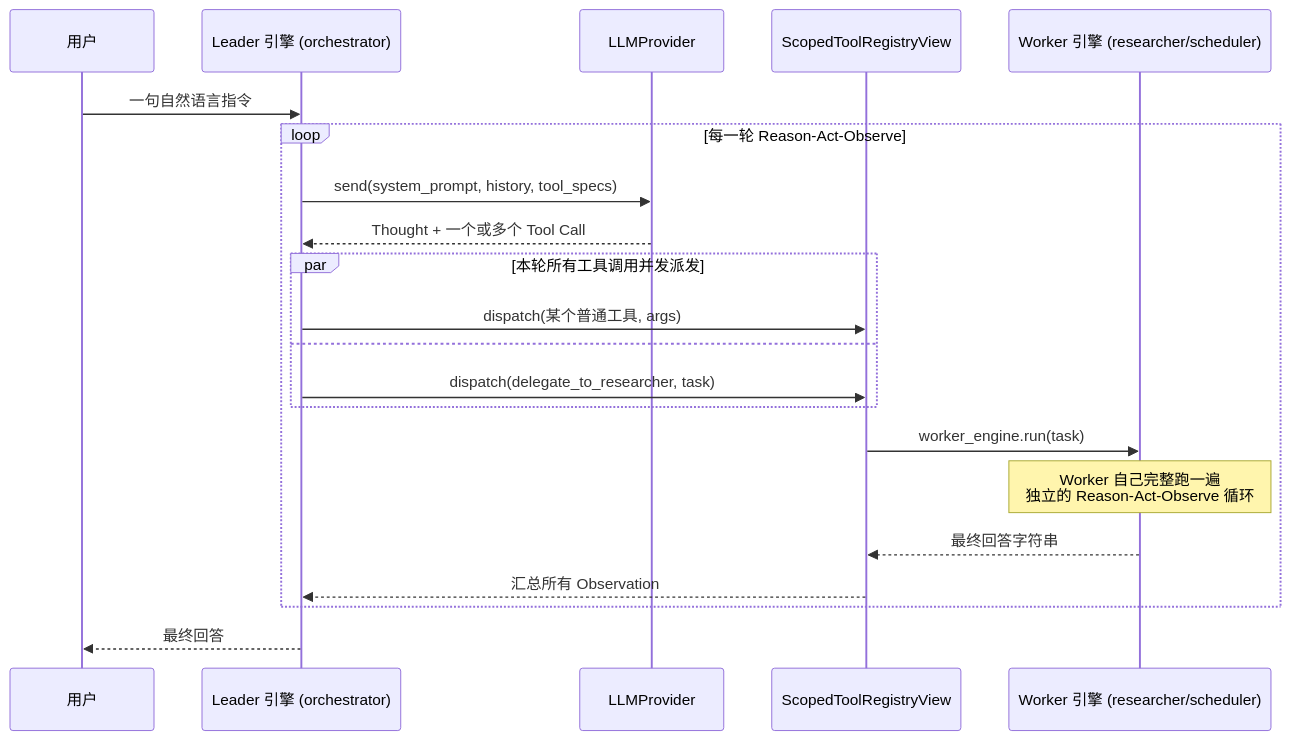
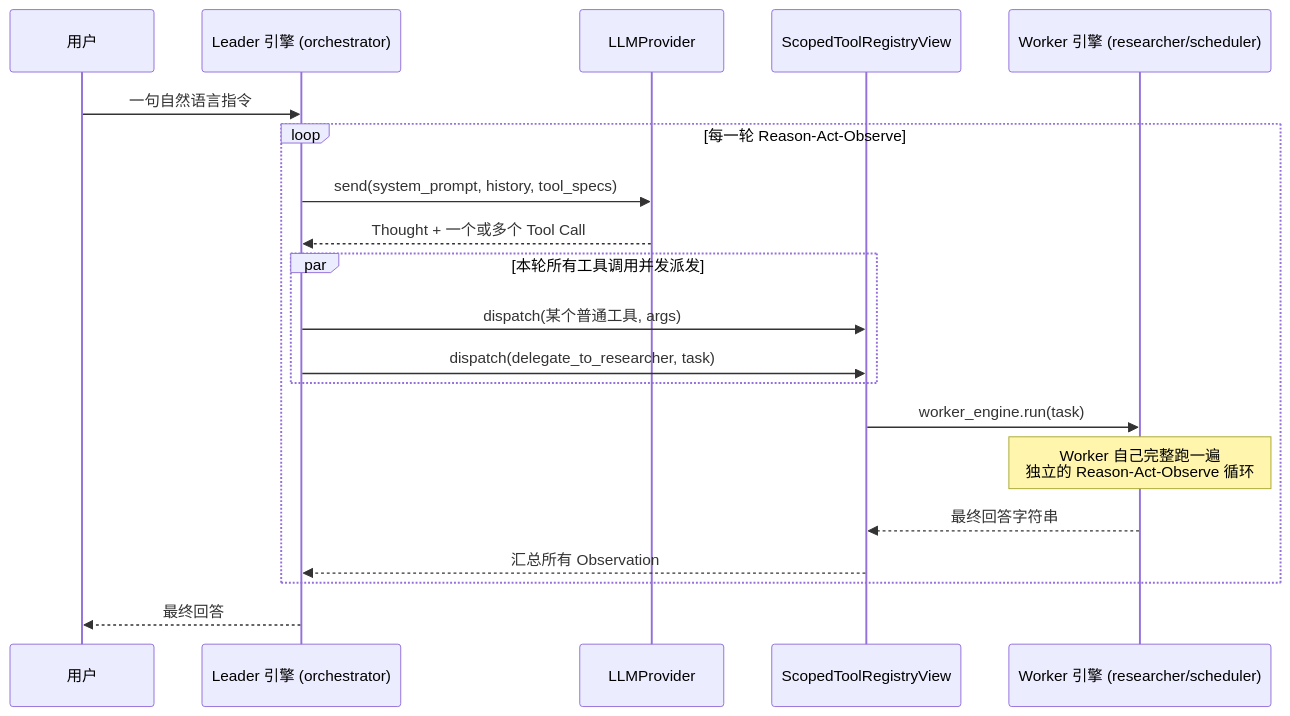
One commit to jiandanchaofan/AuraAgent changed the second of 2 diagrams in README.md. Above: the diagram before and after it, drawn with Mermaid. The commit also changed other lines of this file and 6 other files, not shown here.

````diff
--- a/README.md
+++ b/README.md
@@ -125,24 +126,23 @@
 ```mermaid
 sequenceDiagram
     participant U as 用户
     participant L as Leader 引擎 (orchestrator)
     participant P as LLMProvider
     participant TV as ScopedToolRegistryView
     participant W as Worker 引擎 (researcher/scheduler)
 
     U->>L: 一句自然语言指令
     loop 每一轮 Reason-Act-Observe
         L->>P: send(system_prompt, history, tool_specs)
         P-->>L: Thought + 一个或多个 Tool Call
         par 本轮所有工具调用并发派发
             L->>TV: dispatch(某个普通工具, args)
-        and
             L->>TV: dispatch(delegate_to_researcher, task)
         end
         TV->>W: worker_engine.run(task)
         Note over W: Worker 自己完整跑一遍<br/>独立的 Reason-Act-Observe 循环
         W-->>TV: 最终回答字符串
         TV-->>L: 汇总所有 Observation
     end
     L-->>U: 最终回答
 ```
````
